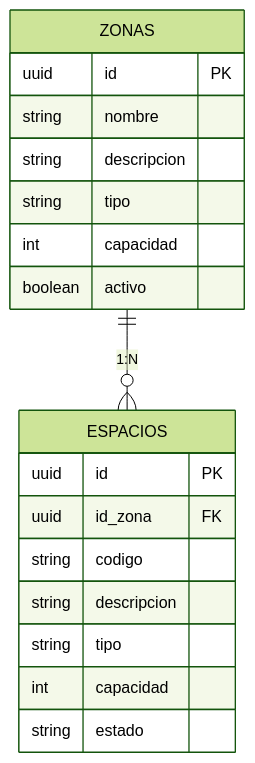
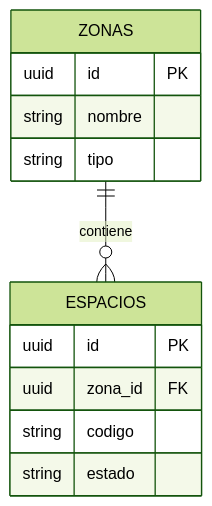
Before and after one commit to AMVMesias/Distribuidas-PC2: the fifth of 7 diagrams in README.md, drawn with Mermaid (forest theme). The commit also changed other lines of this file and 1 other file, not shown here.

````diff
--- a/README.md
+++ b/README.md
@@ -429,21 +416,15 @@
 ```mermaid
 erDiagram
-    ZONAS ||--o{ ESPACIOS : "1:N"
+    ZONAS ||--o{ ESPACIOS : contiene
     ZONAS {
         uuid id PK
         string nombre
-        string descripcion
         string tipo
-        int capacidad
-        boolean activo
     }
     ESPACIOS {
         uuid id PK
-        uuid id_zona FK
+        uuid zona_id FK
         string codigo
-        string descripcion
-        string tipo
-        int capacidad
         string estado
     }
 ```
````
